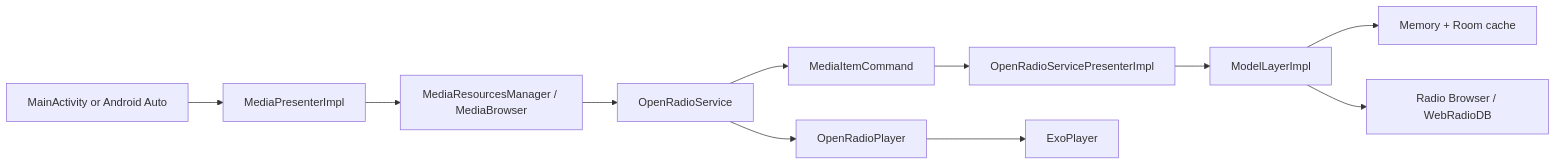
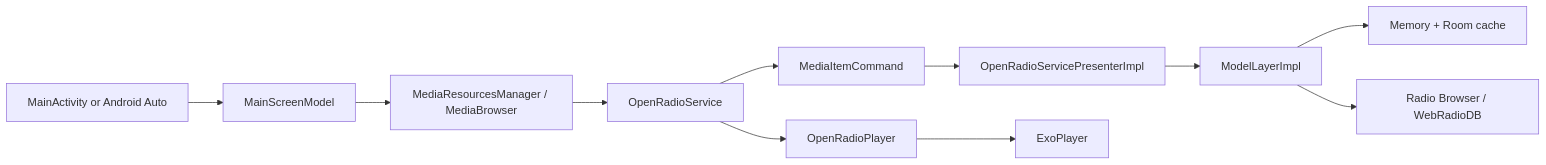
Before and after one commit to jcszymansk/freenetradio: the diagram in doc/project-overview.md, drawn with Mermaid. The commit also changed other lines of this file and 74 other files, not shown here.

First line of the commit message:
remove the view-era main screen

````diff
--- a/doc/project-overview.md
+++ b/doc/project-overview.md
@@ -52,25 +52,25 @@
 ```mermaid
 flowchart LR
     UI["MainActivity or Android Auto"]
-    Presenter["MediaPresenterImpl"]
+    Presenter["MainScreenModel"]
     Browser["MediaResourcesManager / MediaBrowser"]
     Service["OpenRadioService"]
     Command["MediaItemCommand"]
     ServicePresenter["OpenRadioServicePresenterImpl"]
     Model["ModelLayerImpl"]
     Provider["Radio Browser / WebRadioDB"]
     Cache["Memory + Room cache"]
     Player["OpenRadioPlayer"]
     Output["ExoPlayer"]
 
     UI --> Presenter
     Presenter --> Browser
     Browser --> Service
     Service --> Command
     Command --> ServicePresenter
     ServicePresenter --> Model
     Model --> Cache
     Model --> Provider
     Service --> Player
     Player --> Output
 ```
````
